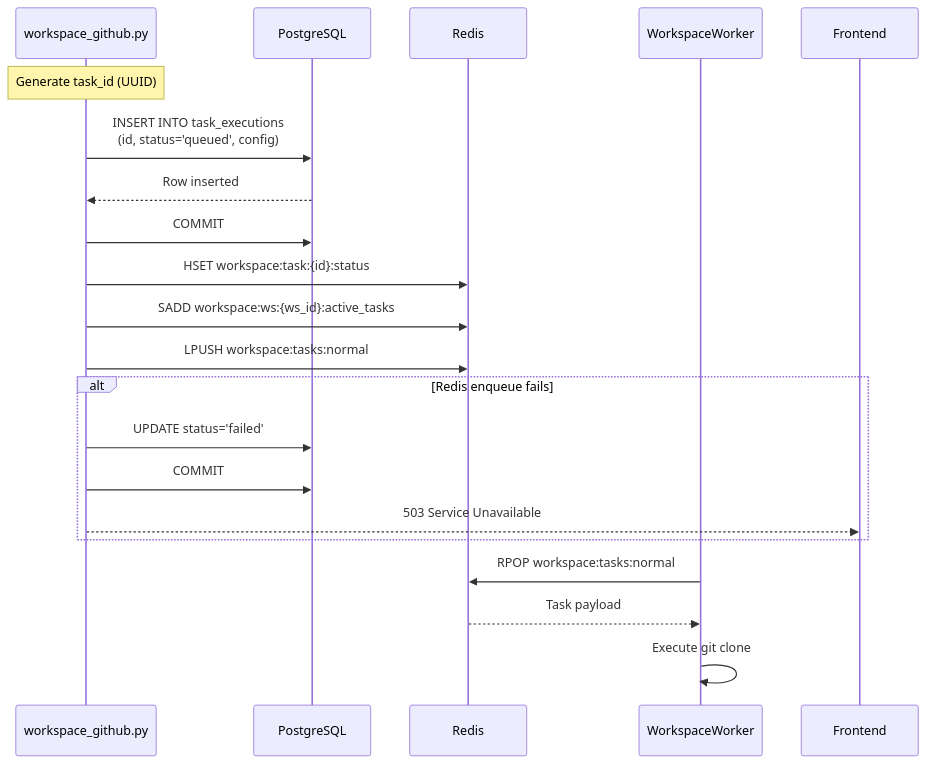
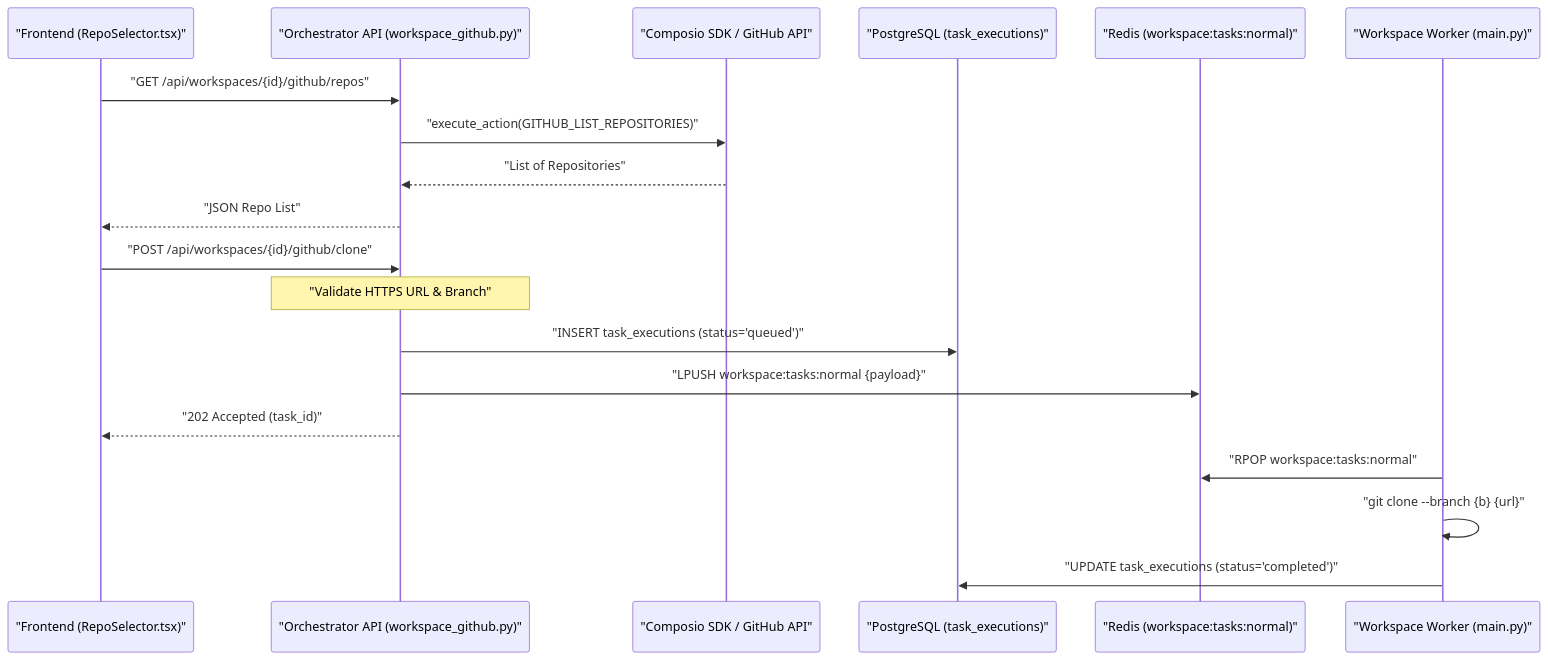
The first of 3 diagrams in docs/workspace-execution/github-integration.md (AutomatosAI/automatos-ai), drawn with Mermaid before and after one commit. The commit also changed other lines of this file and 149 other files, not shown here.

Commit message:
docs: refresh documentation with graphify semantic scan

````diff
--- a/docs/workspace-execution/github-integration.md
+++ b/docs/workspace-execution/github-integration.md
@@ -275,26 +46,24 @@
 ```mermaid
 sequenceDiagram
-    participant API as workspace_github.py
-    participant DB as PostgreSQL
-    participant Redis as Redis
-    participant Worker as WorkspaceWorker
-    
-    Note over API: Generate task_id (UUID)
-    API->>DB: INSERT INTO task_executions<br/>(id, status='queued', config)
-    DB-->>API: Row inserted
-    API->>DB: COMMIT
-    
-    API->>Redis: HSET workspace:task:{id}:status
-    API->>Redis: SADD workspace:ws:{ws_id}:active_tasks
-    API->>Redis: LPUSH workspace:tasks:normal
-    
-    alt Redis enqueue fails
-        API->>DB: UPDATE status='failed'
-        API->>DB: COMMIT
-        API-->>Frontend: 503 Service Unavailable
-    end
-    
-    Worker->>Redis: RPOP workspace:tasks:normal
-    Redis-->>Worker: Task payload
-    Worker->>Worker: Execute git clone
+    participant FE as "Frontend (RepoSelector.tsx)"
+    participant API as "Orchestrator API (workspace_github.py)"
+    participant CMP as "Composio SDK / GitHub API"
+    participant DB as "PostgreSQL (task_executions)"
+    participant RED as "Redis (workspace:tasks:normal)"
+    participant WRK as "Workspace Worker (main.py)"
+
+    FE->>API: "GET /api/workspaces/{id}/github/repos"
+    API->>CMP: "execute_action(GITHUB_LIST_REPOSITORIES)"
+    CMP-->>API: "List of Repositories"
+    API-->>FE: "JSON Repo List"
+
+    FE->>API: "POST /api/workspaces/{id}/github/clone"
+    Note over API: "Validate HTTPS URL & Branch"
+    API->>DB: "INSERT task_executions (status='queued')"
+    API->>RED: "LPUSH workspace:tasks:normal {payload}"
+    API-->>FE: "202 Accepted (task_id)"
+
+    WRK->>RED: "RPOP workspace:tasks:normal"
+    WRK->>WRK: "git clone --branch {b} {url}"
+    WRK->>DB: "UPDATE task_executions (status='completed')"
 ```
````
